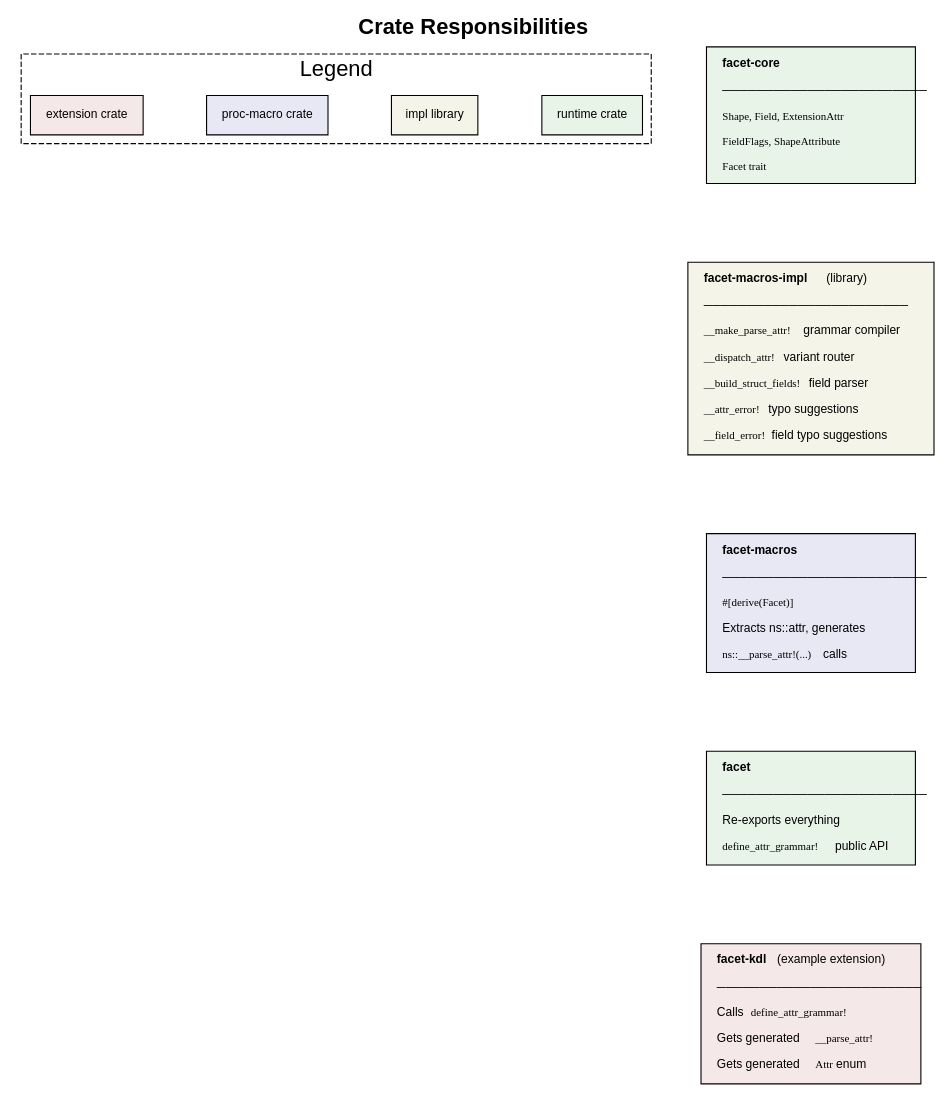
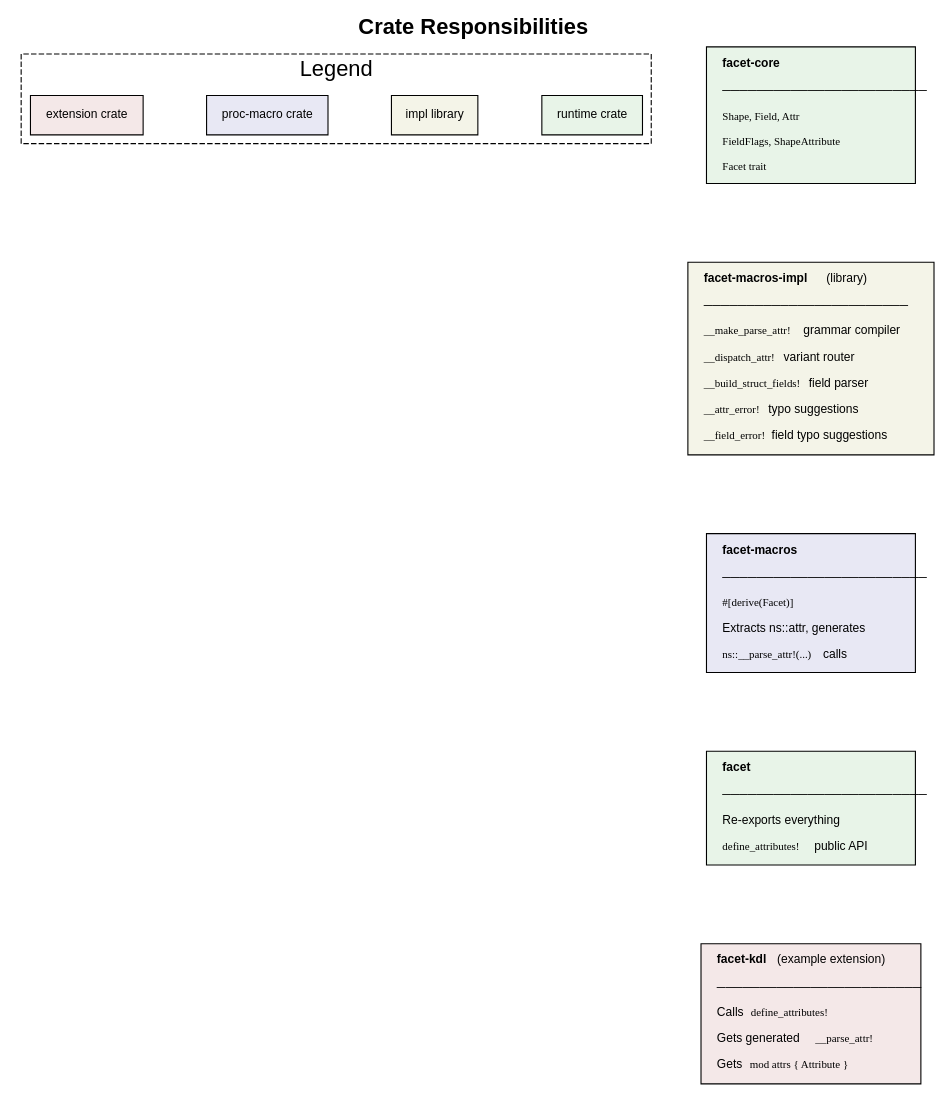
The diagram in drafts/diagrams/00-crate-responsibilities.dot (facet-rs/facet), drawn with Graphviz before and after one commit. The commit also changed 10 other files, not shown here.

```diff
--- a/drafts/diagrams/00-crate-responsibilities.dot
+++ b/drafts/diagrams/00-crate-responsibilities.dot
@@ -1,89 +1,89 @@
 // Crate Responsibilities Overview
 // Render: dot -Tsvg 00-crate-responsibilities.dot -o 00-crate-responsibilities.svg
 
 digraph crate_responsibilities {
     label="Crate Responsibilities";
     labelloc="t";
     fontsize=20;
     fontname="Helvetica-Bold";
 
     node [shape=box, fontname="Helvetica", fontsize=11];
     edge [fontname="Helvetica", fontsize=10];
 
     rankdir=TB;
     nodesep=0.8;
     ranksep=1.0;
 
     subgraph cluster_legend {
         label="Legend";
         style=dashed;
         fontname="Helvetica";
 
         legend_runtime [label="runtime crate", style=filled, fillcolor="#e8f4e8"];
         legend_impl [label="impl library", style=filled, fillcolor="#f4f4e8"];
         legend_procmacro [label="proc-macro crate", style=filled, fillcolor="#e8e8f4"];
         legend_extension [label="extension crate", style=filled, fillcolor="#f4e8e8"];
     }
 
     // Core - runtime types
     core [label=<
 <table border="0" cellspacing="0" cellpadding="6">
 <tr><td align="left"><b>facet-core</b></td></tr>
 <tr><td align="left">────────────────────────</td></tr>
-<tr><td align="left"><font face="Monaco" point-size="10">Shape, Field, ExtensionAttr</font></td></tr>
+<tr><td align="left"><font face="Monaco" point-size="10">Shape, Field, Attr</font></td></tr>
 <tr><td align="left"><font face="Monaco" point-size="10">FieldFlags, ShapeAttribute</font></td></tr>
 <tr><td align="left"><font face="Monaco" point-size="10">Facet trait</font></td></tr>
 </table>
     >, style=filled, fillcolor="#e8f4e8"];
 
     // Macros impl - library with macro logic (NOT a proc-macro crate)
     macros_impl [label=<
 <table border="0" cellspacing="0" cellpadding="6">
 <tr><td align="left"><b>facet-macros-impl</b> (library)</td></tr>
 <tr><td align="left">────────────────────────</td></tr>
 <tr><td align="left"><font face="Monaco" point-size="10">__make_parse_attr!</font> grammar compiler</td></tr>
 <tr><td align="left"><font face="Monaco" point-size="10">__dispatch_attr!</font> variant router</td></tr>
 <tr><td align="left"><font face="Monaco" point-size="10">__build_struct_fields!</font> field parser</td></tr>
 <tr><td align="left"><font face="Monaco" point-size="10">__attr_error!</font> typo suggestions</td></tr>
 <tr><td align="left"><font face="Monaco" point-size="10">__field_error!</font> field typo suggestions</td></tr>
 </table>
     >, style=filled, fillcolor="#f4f4e8"];
 
     // Macros - proc-macro entry point
     macros [label=<
 <table border="0" cellspacing="0" cellpadding="6">
 <tr><td align="left"><b>facet-macros</b></td></tr>
 <tr><td align="left">────────────────────────</td></tr>
 <tr><td align="left"><font face="Monaco" point-size="10">#[derive(Facet)]</font></td></tr>
 <tr><td align="left">Extracts ns::attr, generates</td></tr>
 <tr><td align="left"><font face="Monaco" point-size="10">ns::__parse_attr!(...)</font> calls</td></tr>
 </table>
     >, style=filled, fillcolor="#e8e8f4"];
 
     // Main facet crate
     facet [label=<
 <table border="0" cellspacing="0" cellpadding="6">
 <tr><td align="left"><b>facet</b></td></tr>
 <tr><td align="left">────────────────────────</td></tr>
 <tr><td align="left">Re-exports everything</td></tr>
-<tr><td align="left"><font face="Monaco" point-size="10">define_attr_grammar!</font> public API</td></tr>
+<tr><td align="left"><font face="Monaco" point-size="10">define_attributes!</font> public API</td></tr>
 </table>
     >, style=filled, fillcolor="#e8f4e8"];
 
     // Extension crate example
     ext [label=<
 <table border="0" cellspacing="0" cellpadding="6">
 <tr><td align="left"><b>facet-kdl</b> (example extension)</td></tr>
 <tr><td align="left">────────────────────────</td></tr>
-<tr><td align="left">Calls <font face="Monaco" point-size="10">define_attr_grammar!</font></td></tr>
+<tr><td align="left">Calls <font face="Monaco" point-size="10">define_attributes!</font></td></tr>
 <tr><td align="left">Gets generated <font face="Monaco" point-size="10">__parse_attr!</font></td></tr>
-<tr><td align="left">Gets generated <font face="Monaco" point-size="10">Attr</font> enum</td></tr>
+<tr><td align="left">Gets <font face="Monaco" point-size="10">mod attrs { Attribute }</font></td></tr>
 </table>
     >, style=filled, fillcolor="#f4e8e8"];
 
     // Edges
     core -> macros_impl [style=invis];
     macros_impl -> macros [style=invis];
     macros -> facet [style=invis];
     facet -> ext [style=invis];
 }
```
